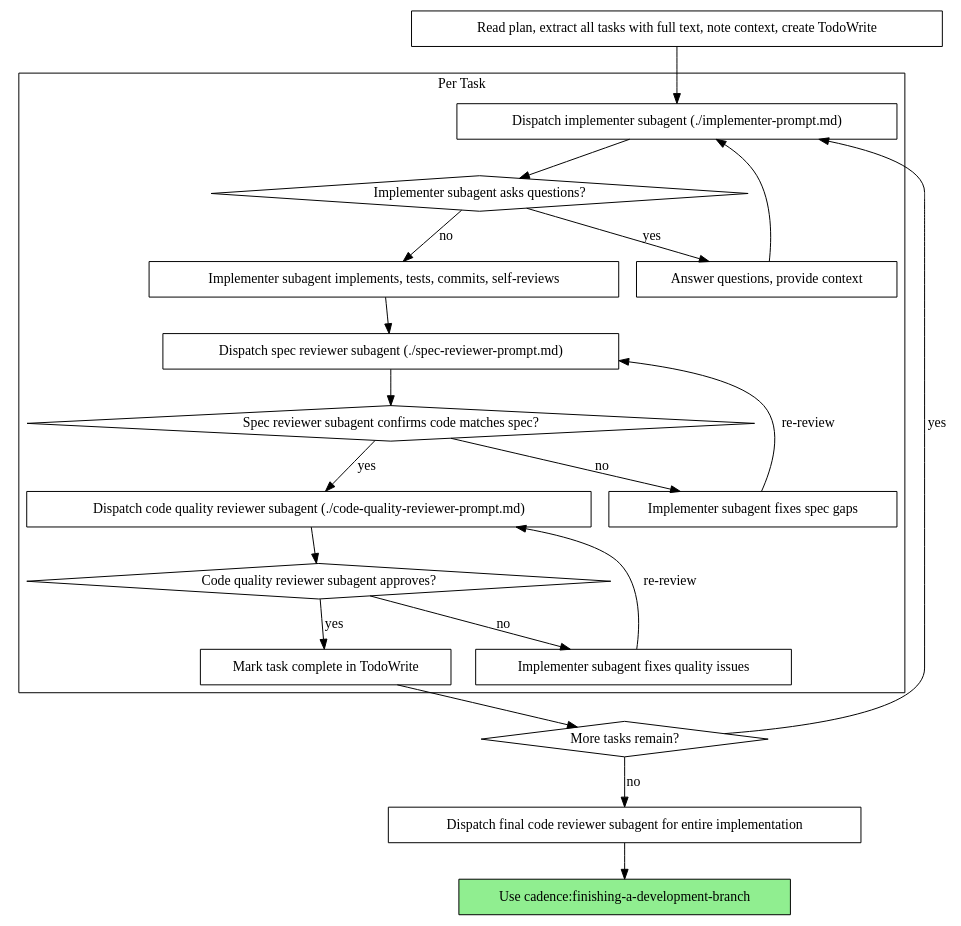
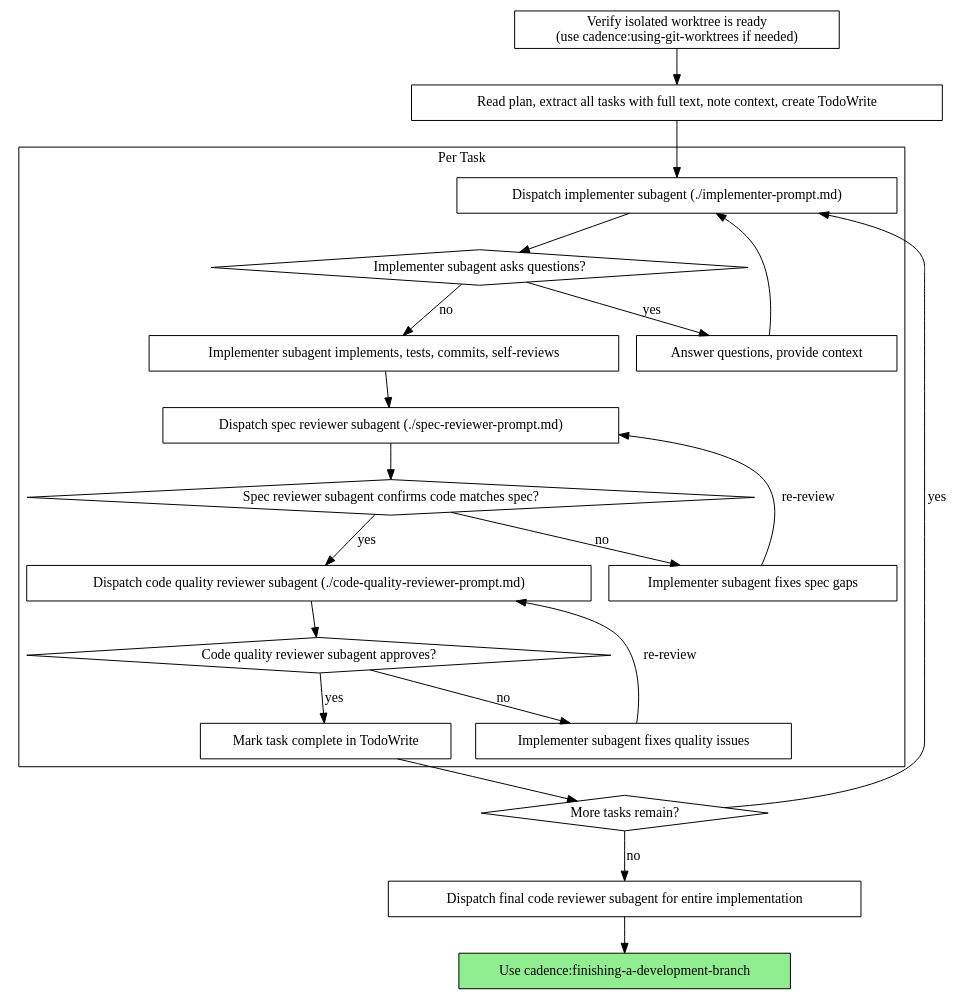
One commit to zephyrflow97/cadence changed the second of 2 diagrams in skills/subagent-driven-development/SKILL.md. Above: the diagram before and after it, drawn with Graphviz. The commit also changed other lines of this file and 4 other files, not shown here.

````diff
--- a/skills/subagent-driven-development/SKILL.md
+++ b/skills/subagent-driven-development/SKILL.md
@@ -34,44 +34,46 @@
 ```dot
 digraph process {
     rankdir=TB;
 
     subgraph cluster_per_task {
         label="Per Task";
         "Dispatch implementer subagent (./implementer-prompt.md)" [shape=box];
         "Implementer subagent asks questions?" [shape=diamond];
         "Answer questions, provide context" [shape=box];
         "Implementer subagent implements, tests, commits, self-reviews" [shape=box];
         "Dispatch spec reviewer subagent (./spec-reviewer-prompt.md)" [shape=box];
         "Spec reviewer subagent confirms code matches spec?" [shape=diamond];
         "Implementer subagent fixes spec gaps" [shape=box];
         "Dispatch code quality reviewer subagent (./code-quality-reviewer-prompt.md)" [shape=box];
         "Code quality reviewer subagent approves?" [shape=diamond];
         "Implementer subagent fixes quality issues" [shape=box];
         "Mark task complete in TodoWrite" [shape=box];
     }
 
+    "Verify isolated worktree is ready\n(use cadence:using-git-worktrees if needed)" [shape=box];
     "Read plan, extract all tasks with full text, note context, create TodoWrite" [shape=box];
     "More tasks remain?" [shape=diamond];
     "Dispatch final code reviewer subagent for entire implementation" [shape=box];
     "Use cadence:finishing-a-development-branch" [shape=box style=filled fillcolor=lightgreen];
 
+    "Verify isolated worktree is ready\n(use cadence:using-git-worktrees if needed)" -> "Read plan, extract all tasks with full text, note context, create TodoWrite";
     "Read plan, extract all tasks with full text, note context, create TodoWrite" -> "Dispatch implementer subagent (./implementer-prompt.md)";
     "Dispatch implementer subagent (./implementer-prompt.md)" -> "Implementer subagent asks questions?";
     "Implementer subagent asks questions?" -> "Answer questions, provide context" [label="yes"];
     "Answer questions, provide context" -> "Dispatch implementer subagent (./implementer-prompt.md)";
     "Implementer subagent asks questions?" -> "Implementer subagent implements, tests, commits, self-reviews" [label="no"];
     "Implementer subagent implements, tests, commits, self-reviews" -> "Dispatch spec reviewer subagent (./spec-reviewer-prompt.md)";
     "Dispatch spec reviewer subagent (./spec-reviewer-prompt.md)" -> "Spec reviewer subagent confirms code matches spec?";
     "Spec reviewer subagent confirms code matches spec?" -> "Implementer subagent fixes spec gaps" [label="no"];
     "Implementer subagent fixes spec gaps" -> "Dispatch spec reviewer subagent (./spec-reviewer-prompt.md)" [label="re-review"];
     "Spec reviewer subagent confirms code matches spec?" -> "Dispatch code quality reviewer subagent (./code-quality-reviewer-prompt.md)" [label="yes"];
     "Dispatch code quality reviewer subagent (./code-quality-reviewer-prompt.md)" -> "Code quality reviewer subagent approves?";
     "Code quality reviewer subagent approves?" -> "Implementer subagent fixes quality issues" [label="no"];
     "Implementer subagent fixes quality issues" -> "Dispatch code quality reviewer subagent (./code-quality-reviewer-prompt.md)" [label="re-review"];
     "Code quality reviewer subagent approves?" -> "Mark task complete in TodoWrite" [label="yes"];
     "Mark task complete in TodoWrite" -> "More tasks remain?";
     "More tasks remain?" -> "Dispatch implementer subagent (./implementer-prompt.md)" [label="yes"];
     "More tasks remain?" -> "Dispatch final code reviewer subagent for entire implementation" [label="no"];
     "Dispatch final code reviewer subagent for entire implementation" -> "Use cadence:finishing-a-development-branch";
 }
 ```
````
